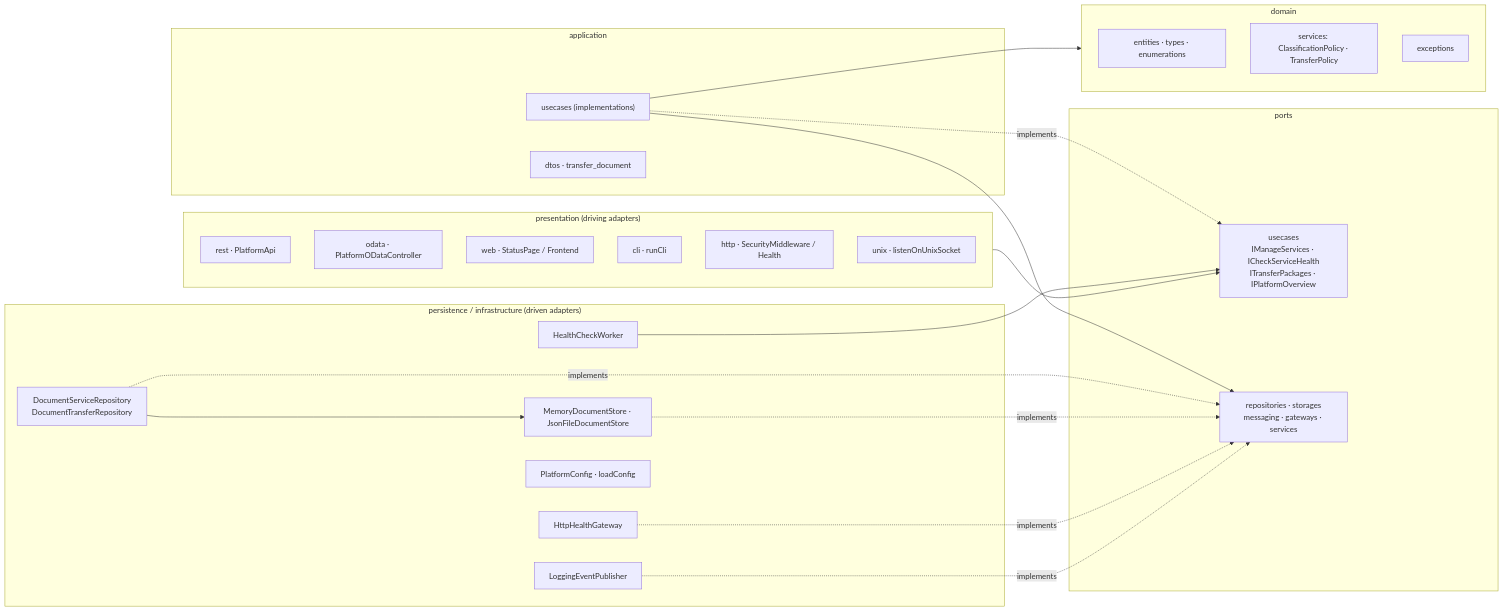
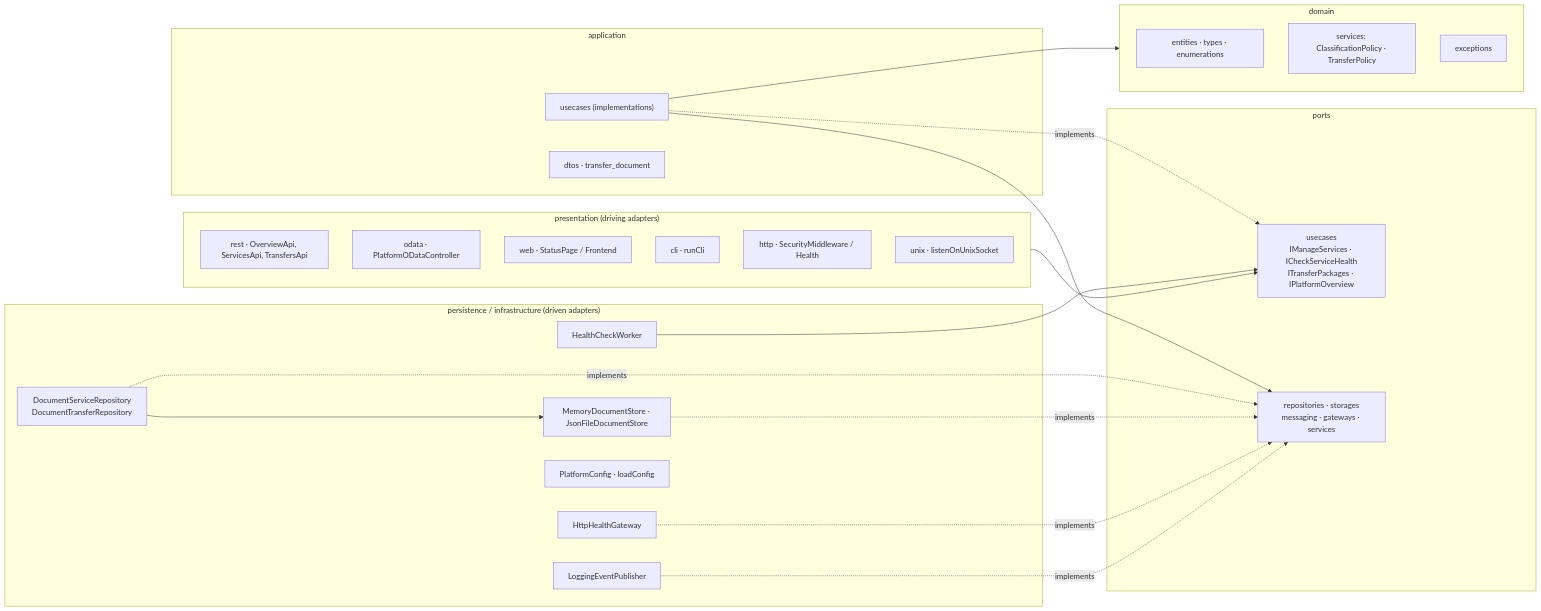
One commit to UIMSolutions/neko-platform changed the first of 5 diagrams in uml.md. Above: the diagram before and after it, drawn with Mermaid. The commit also changed 2 other files, not shown here.

Commit message:
fix: update copyright year to 2026 and correct API names in UML documentation

````diff
--- a/uml.md
+++ b/uml.md
@@ -9,43 +9,43 @@
 ```mermaid
 flowchart LR
   subgraph presentation["presentation (driving adapters)"]
-    REST["rest · PlatformApi"]
+    REST["rest · OverviewApi, ServicesApi, TransfersApi"]
     OData["odata · PlatformODataController"]
     Web["web · StatusPage / Frontend"]
     CLI["cli · runCli"]
     HTTP["http · SecurityMiddleware / Health"]
     UNIX["unix · listenOnUnixSocket"]
   end
   subgraph ports
     UC["usecases\nIManageServices · ICheckServiceHealth\nITransferPackages · IPlatformOverview"]
     DRV["repositories · storages\nmessaging · gateways · services"]
   end
   subgraph application
     UCI["usecases (implementations)"]
     DTO["dtos · transfer_document"]
   end
   subgraph domain
     ENT["entities · types · enumerations"]
     POL["services: ClassificationPolicy · TransferPolicy"]
     EXC["exceptions"]
   end
   subgraph adapters["persistence / infrastructure (driven adapters)"]
     REPO["DocumentServiceRepository\nDocumentTransferRepository"]
     STORE["MemoryDocumentStore · JsonFileDocumentStore"]
     HG["HttpHealthGateway"]
     LOG["LoggingEventPublisher"]
     CFG["PlatformConfig · loadConfig"]
     WRK["HealthCheckWorker"]
   end
 
   presentation --> UC
   UCI -. implements .-> UC
   UCI --> DRV
   UCI --> domain
   REPO -. implements .-> DRV
   STORE -. implements .-> DRV
   HG -. implements .-> DRV
   LOG -. implements .-> DRV
   WRK --> UC
   REPO --> STORE
 ```
````
